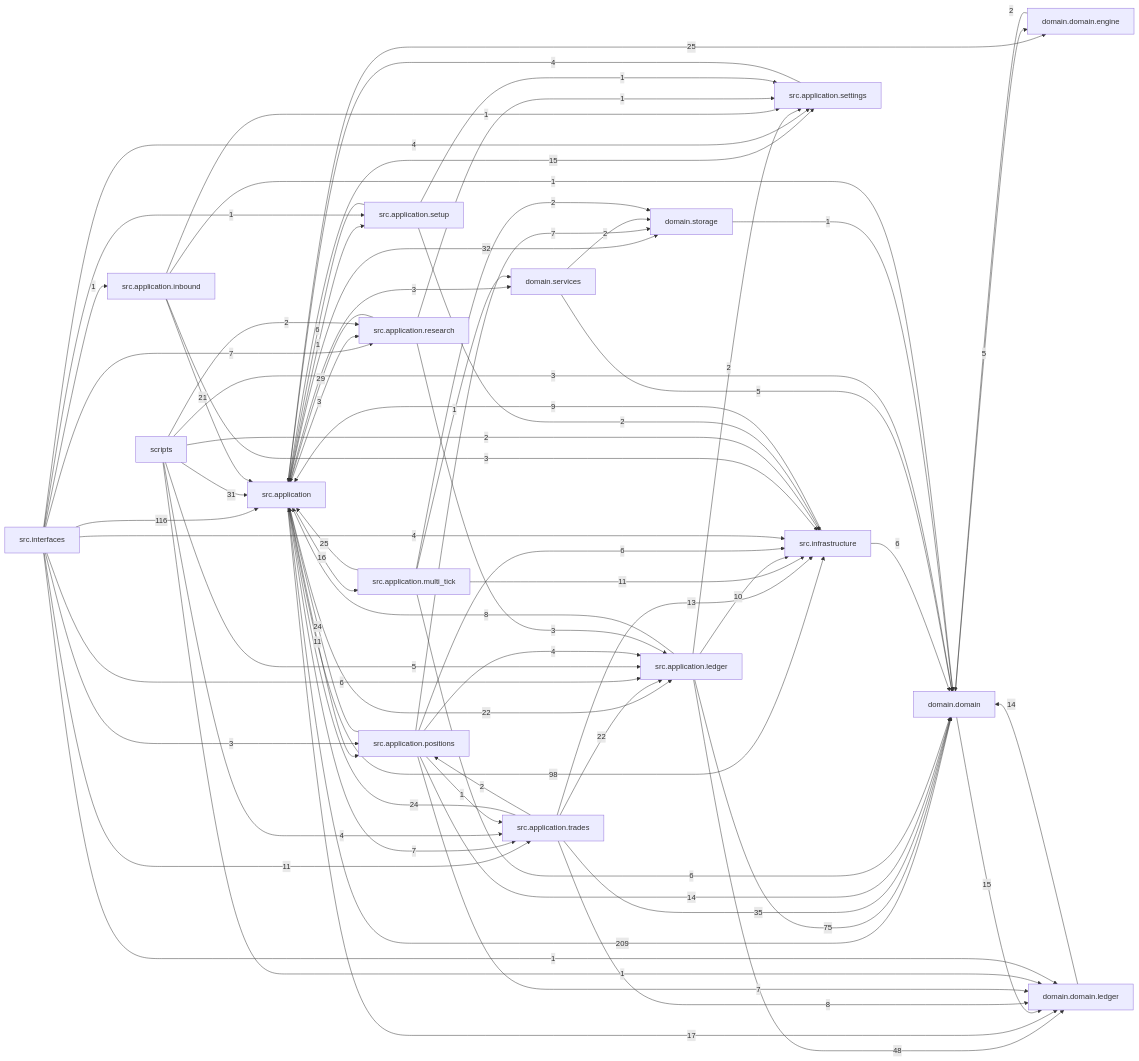
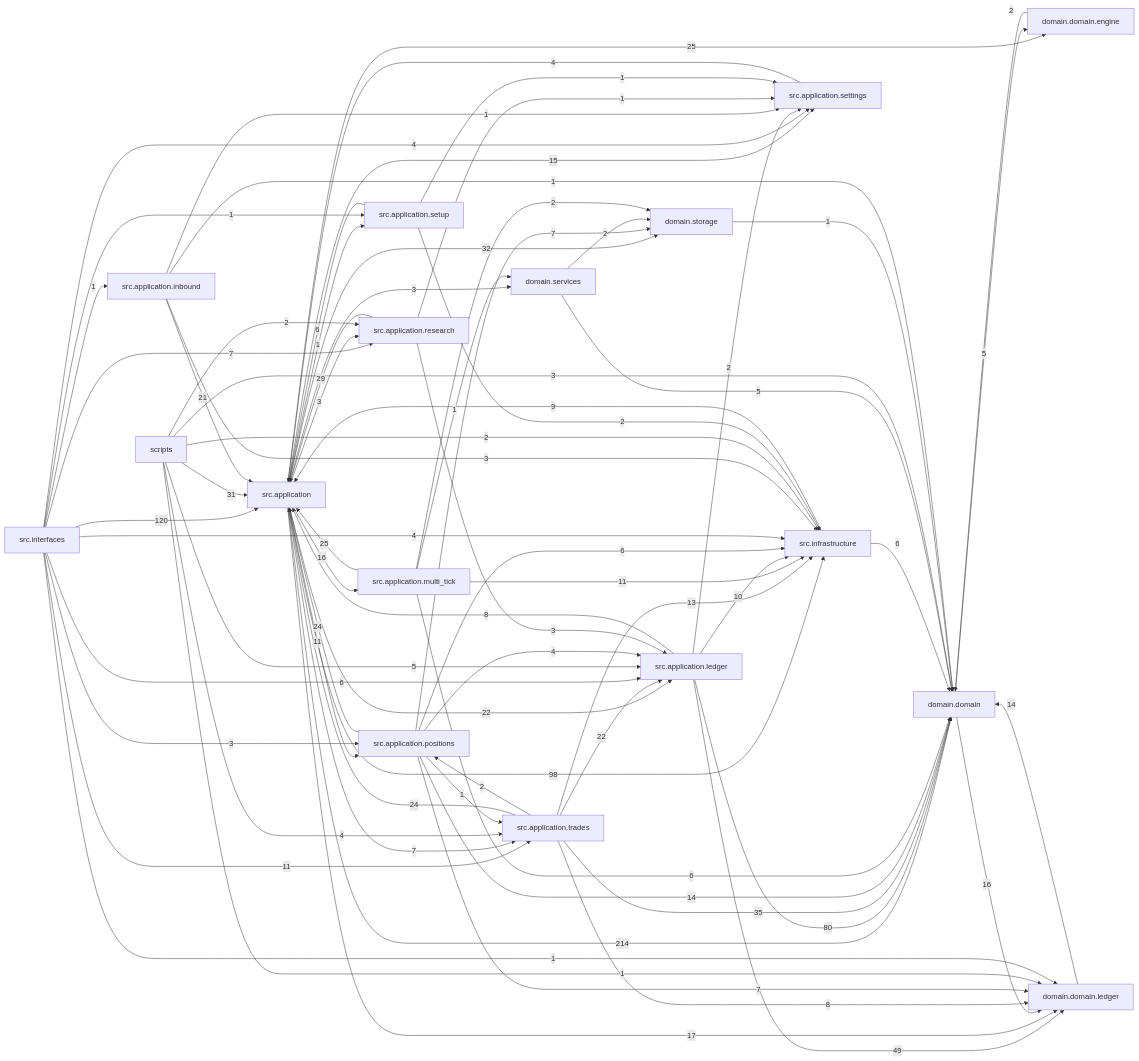
The diagram in docs/dependency_graph.mmd (liuxie066/options-monitor), drawn with Mermaid before and after one commit. The commit also changed 76 other files, not shown here.

```diff
--- a/docs/dependency_graph.mmd
+++ b/docs/dependency_graph.mmd
@@ -1,74 +1,74 @@
 flowchart LR
-  src_application["src.application"] -->|209| domain_domain["domain.domain"]
-  src_interfaces["src.interfaces"] -->|116| src_application["src.application"]
+  src_application["src.application"] -->|214| domain_domain["domain.domain"]
+  src_interfaces["src.interfaces"] -->|120| src_application["src.application"]
   src_application["src.application"] -->|98| src_infrastructure["src.infrastructure"]
-  src_application_ledger["src.application.ledger"] -->|75| domain_domain["domain.domain"]
-  src_application_ledger["src.application.ledger"] -->|48| domain_domain_ledger["domain.domain.ledger"]
+  src_application_ledger["src.application.ledger"] -->|80| domain_domain["domain.domain"]
+  src_application_ledger["src.application.ledger"] -->|49| domain_domain_ledger["domain.domain.ledger"]
   src_application_trades["src.application.trades"] -->|35| domain_domain["domain.domain"]
   src_application["src.application"] -->|32| domain_storage["domain.storage"]
   scripts["scripts"] -->|31| src_application["src.application"]
   src_application_research["src.application.research"] -->|29| src_application["src.application"]
   src_application["src.application"] -->|25| domain_domain_engine["domain.domain.engine"]
   src_application_multi_tick["src.application.multi_tick"] -->|25| src_application["src.application"]
   src_application_positions["src.application.positions"] -->|24| src_application["src.application"]
   src_application_trades["src.application.trades"] -->|24| src_application["src.application"]
   src_application["src.application"] -->|22| src_application_ledger["src.application.ledger"]
   src_application_trades["src.application.trades"] -->|22| src_application_ledger["src.application.ledger"]
   src_application_inbound["src.application.inbound"] -->|21| src_application["src.application"]
   src_application["src.application"] -->|17| domain_domain_ledger["domain.domain.ledger"]
+  domain_domain["domain.domain"] -->|16| domain_domain_ledger["domain.domain.ledger"]
   src_application["src.application"] -->|16| src_application_multi_tick["src.application.multi_tick"]
-  domain_domain["domain.domain"] -->|15| domain_domain_ledger["domain.domain.ledger"]
   src_application["src.application"] -->|15| src_application_settings["src.application.settings"]
   domain_domain_ledger["domain.domain.ledger"] -->|14| domain_domain["domain.domain"]
   src_application_positions["src.application.positions"] -->|14| domain_domain["domain.domain"]
   src_application_trades["src.application.trades"] -->|13| src_infrastructure["src.infrastructure"]
   src_application["src.application"] -->|11| src_application_positions["src.application.positions"]
   src_application_multi_tick["src.application.multi_tick"] -->|11| src_infrastructure["src.infrastructure"]
   src_interfaces["src.interfaces"] -->|11| src_application_trades["src.application.trades"]
   src_application_ledger["src.application.ledger"] -->|10| src_infrastructure["src.infrastructure"]
   src_infrastructure["src.infrastructure"] -->|9| src_application["src.application"]
   src_application_ledger["src.application.ledger"] -->|8| src_application["src.application"]
   src_application_trades["src.application.trades"] -->|8| domain_domain_ledger["domain.domain.ledger"]
   src_application["src.application"] -->|7| src_application_trades["src.application.trades"]
   src_application_positions["src.application.positions"] -->|7| domain_domain_ledger["domain.domain.ledger"]
   src_application_positions["src.application.positions"] -->|7| domain_storage["domain.storage"]
   src_interfaces["src.interfaces"] -->|7| src_application_research["src.application.research"]
   src_application_multi_tick["src.application.multi_tick"] -->|6| domain_domain["domain.domain"]
   src_application_positions["src.application.positions"] -->|6| src_infrastructure["src.infrastructure"]
   src_application_setup["src.application.setup"] -->|6| src_application["src.application"]
   src_infrastructure["src.infrastructure"] -->|6| domain_domain["domain.domain"]
   src_interfaces["src.interfaces"] -->|6| src_application_ledger["src.application.ledger"]
   domain_domain["domain.domain"] -->|5| domain_domain_engine["domain.domain.engine"]
   domain_services["domain.services"] -->|5| domain_domain["domain.domain"]
   scripts["scripts"] -->|5| src_application_ledger["src.application.ledger"]
   scripts["scripts"] -->|4| src_application_trades["src.application.trades"]
   src_application_positions["src.application.positions"] -->|4| src_application_ledger["src.application.ledger"]
   src_application_settings["src.application.settings"] -->|4| src_application["src.application"]
   src_interfaces["src.interfaces"] -->|4| src_application_settings["src.application.settings"]
   src_interfaces["src.interfaces"] -->|4| src_infrastructure["src.infrastructure"]
   scripts["scripts"] -->|3| domain_domain["domain.domain"]
   src_application["src.application"] -->|3| domain_services["domain.services"]
   src_application["src.application"] -->|3| src_application_research["src.application.research"]
   src_application_inbound["src.application.inbound"] -->|3| src_infrastructure["src.infrastructure"]
   src_application_research["src.application.research"] -->|3| src_application_ledger["src.application.ledger"]
   src_interfaces["src.interfaces"] -->|3| src_application_positions["src.application.positions"]
   domain_domain_engine["domain.domain.engine"] -->|2| domain_domain["domain.domain"]
   domain_services["domain.services"] -->|2| domain_storage["domain.storage"]
   scripts["scripts"] -->|2| src_application_research["src.application.research"]
   scripts["scripts"] -->|2| src_infrastructure["src.infrastructure"]
   src_application_ledger["src.application.ledger"] -->|2| src_application_settings["src.application.settings"]
   src_application_multi_tick["src.application.multi_tick"] -->|2| domain_storage["domain.storage"]
   src_application_setup["src.application.setup"] -->|2| src_infrastructure["src.infrastructure"]
   src_application_trades["src.application.trades"] -->|2| src_application_positions["src.application.positions"]
   domain_storage["domain.storage"] -->|1| domain_domain["domain.domain"]
   scripts["scripts"] -->|1| domain_domain_ledger["domain.domain.ledger"]
   src_application["src.application"] -->|1| src_application_setup["src.application.setup"]
   src_application_inbound["src.application.inbound"] -->|1| domain_domain["domain.domain"]
   src_application_inbound["src.application.inbound"] -->|1| src_application_settings["src.application.settings"]
   src_application_multi_tick["src.application.multi_tick"] -->|1| domain_services["domain.services"]
   src_application_positions["src.application.positions"] -->|1| src_application_trades["src.application.trades"]
   src_application_research["src.application.research"] -->|1| src_application_settings["src.application.settings"]
   src_application_setup["src.application.setup"] -->|1| src_application_settings["src.application.settings"]
   src_interfaces["src.interfaces"] -->|1| domain_domain_ledger["domain.domain.ledger"]
   src_interfaces["src.interfaces"] -->|1| src_application_inbound["src.application.inbound"]
   src_interfaces["src.interfaces"] -->|1| src_application_setup["src.application.setup"]
```
